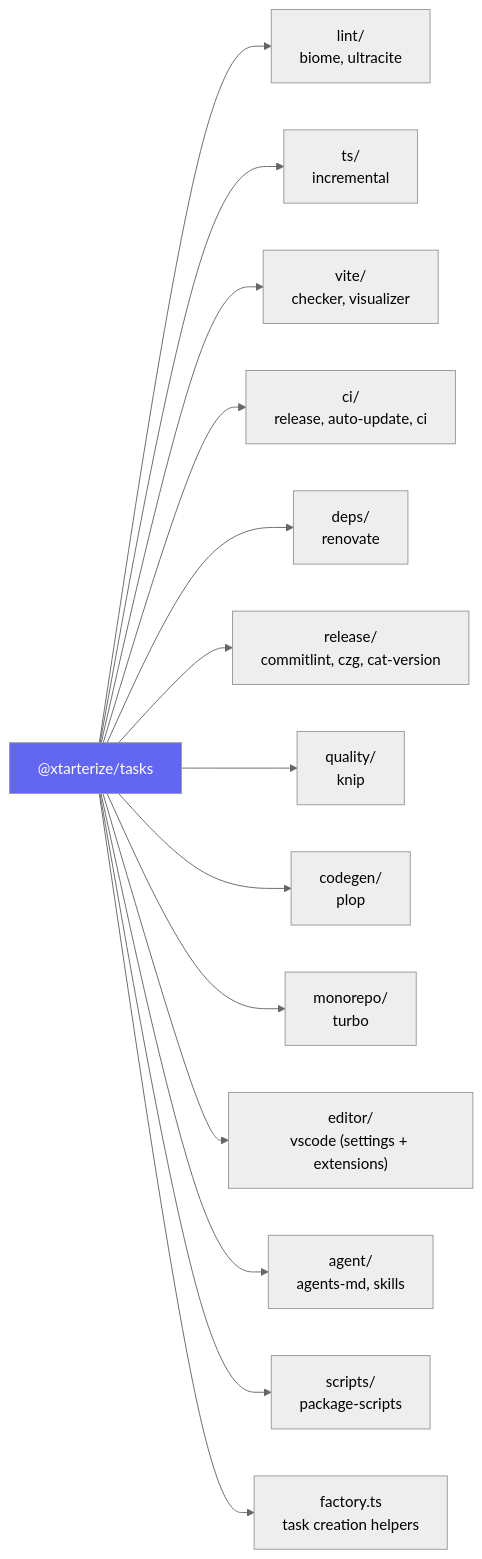
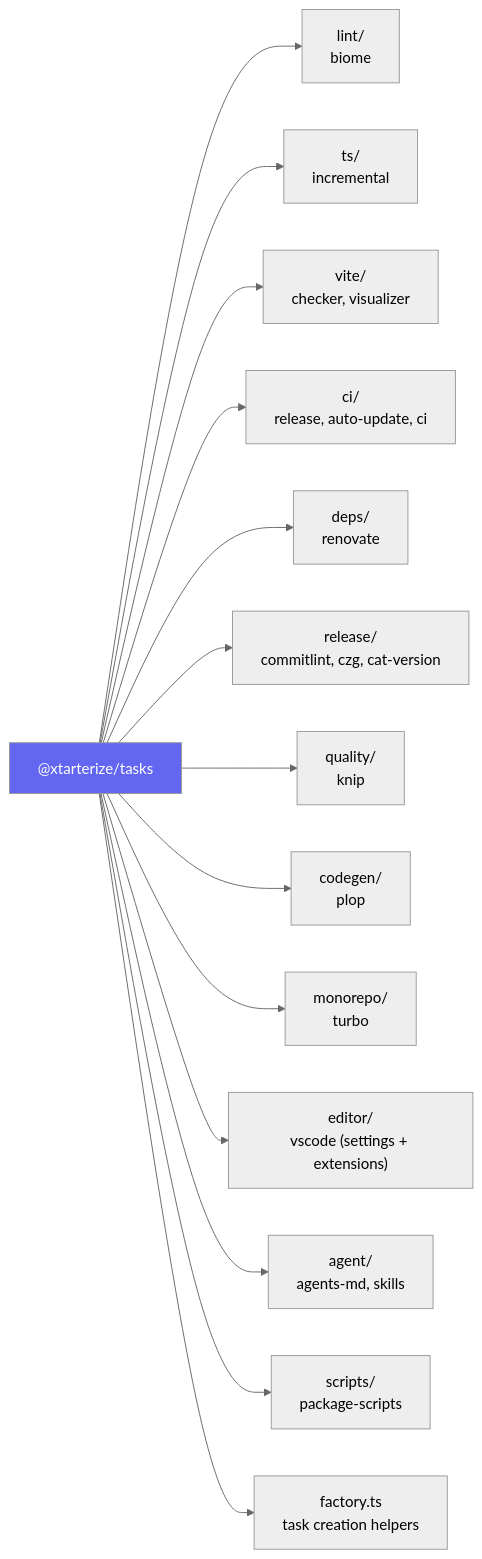
The fourth of 4 diagrams in apps/docs/src/content/docs/contributing/architecture/overview.mdx (agustinusnathaniel/xtarterize), drawn with Mermaid (neutral theme) before and after one commit. The commit also changed 5 other files, not shown here.

````diff
--- a/apps/docs/src/content/docs/contributing/architecture/overview.mdx
+++ b/apps/docs/src/content/docs/contributing/architecture/overview.mdx
@@ -103,18 +103,18 @@
 ```mermaid
 flowchart LR
-    Tasks["@xtarterize/tasks"] --> Lint["lint/<br/>biome, ultracite"]
+    Tasks["@xtarterize/tasks"] --> Lint["lint/<br/>biome"]
     Tasks --> TS["ts/<br/>incremental"]
     Tasks --> Vite["vite/<br/>checker, visualizer"]
     Tasks --> CI["ci/<br/>release, auto-update, ci"]
     Tasks --> Deps["deps/<br/>renovate"]
     Tasks --> Release["release/<br/>commitlint, czg, cat-version"]
     Tasks --> Quality["quality/<br/>knip"]
     Tasks --> Codegen["codegen/<br/>plop"]
     Tasks --> Monorepo["monorepo/<br/>turbo"]
     Tasks --> Editor["editor/<br/>vscode (settings + extensions)"]
     Tasks --> Agent["agent/<br/>agents-md, skills"]
     Tasks --> Scripts["scripts/<br/>package-scripts"]
     Tasks --> Factory["factory.ts<br/>task creation helpers"]
     
     style Tasks fill:#6366f1,color:#fff
 ```
````
